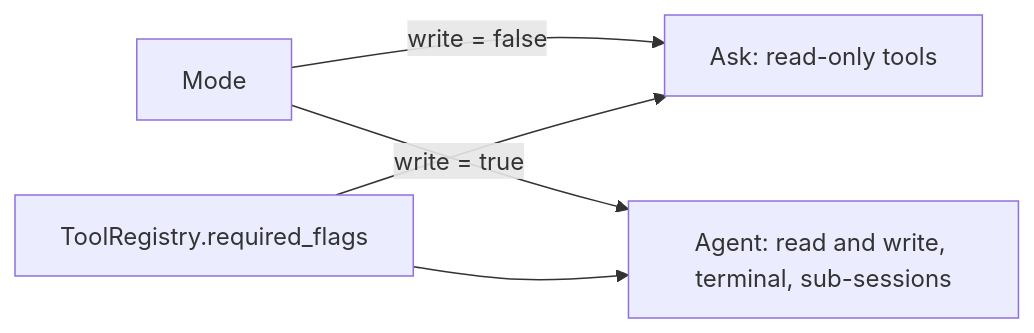
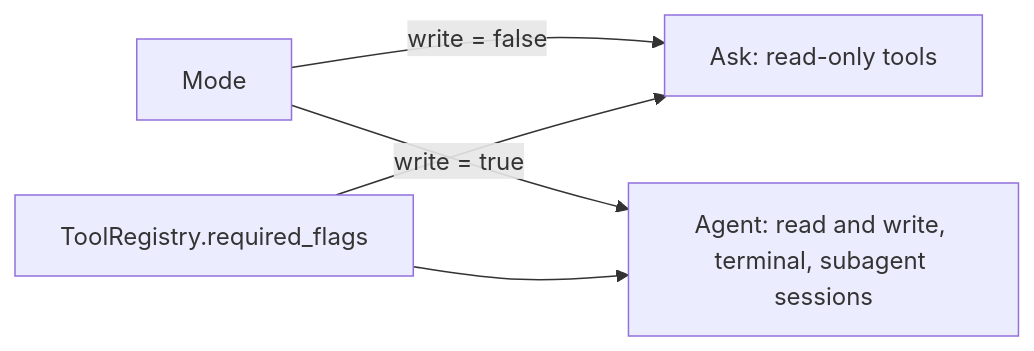
The third of 3 diagrams in docs/architecture/04-harness-runtime.md (jrialland/agentbox), drawn with Mermaid before and after one commit. The commit also changed other lines of this file and 58 other files, not shown here.

````diff
--- a/docs/architecture/04-harness-runtime.md
+++ b/docs/architecture/04-harness-runtime.md
@@ -116,7 +115,7 @@
 ```mermaid
 flowchart LR
   mode["Mode"] -->|"write = false"| ask["Ask: read-only tools"]
-  mode -->|"write = true"| agent["Agent: read and write, terminal, sub-sessions"]
+  mode -->|"write = true"| agent["Agent: read and write, terminal, subagent sessions"]
   registry["ToolRegistry.required_flags"] --> ask
   registry --> agent
 ```
````
